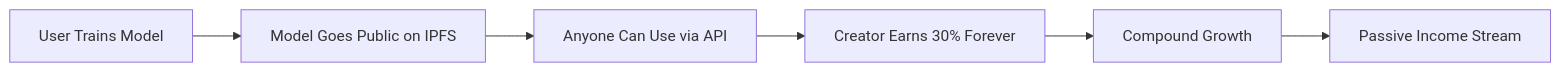
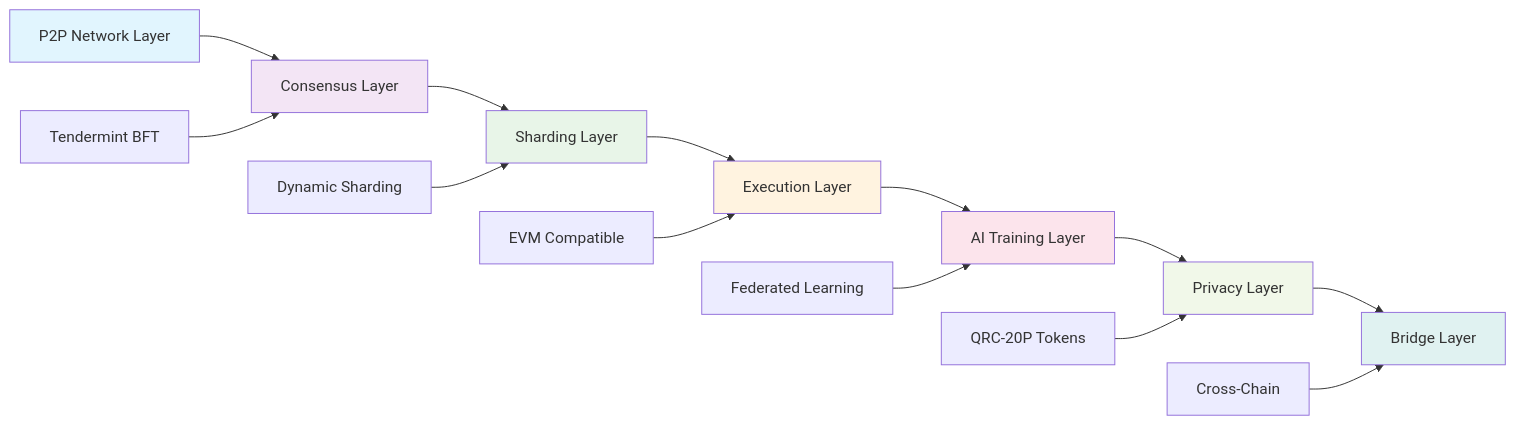
One commit to QoraNet/.github changed the second of 8 diagrams in profile/README.md. Above: the diagram before and after it, drawn with Mermaid. The commit also changed other lines of this file, not shown here.

````diff
--- a/profile/README.md
+++ b/profile/README.md
@@ -86,8 +52,24 @@
 ```mermaid
 graph LR
-    A[User Trains Model] --> B[Model Goes Public on IPFS]
-    B --> C[Anyone Can Use via API]
-    C --> D[Creator Earns 30% Forever]
-    D --> E[Compound Growth]
-    E --> F[Passive Income Stream]
+    A[P2P Network Layer] --> B[Consensus Layer]
+    B --> C[Sharding Layer]
+    C --> D[Execution Layer]
+    D --> E[AI Training Layer]
+    E --> F[Privacy Layer]
+    F --> G[Bridge Layer]
+    
+    B1[Tendermint BFT] --> B
+    C1[Dynamic Sharding] --> C
+    D1[EVM Compatible] --> D
+    E1[Federated Learning] --> E
+    F1[QRC-20P Tokens] --> F
+    G1[Cross-Chain] --> G
+    
+    style A fill:#e1f5fe
+    style B fill:#f3e5f5
+    style C fill:#e8f5e8
+    style D fill:#fff3e0
+    style E fill:#fce4ec
+    style F fill:#f1f8e9
+    style G fill:#e0f2f1
 ```
````
